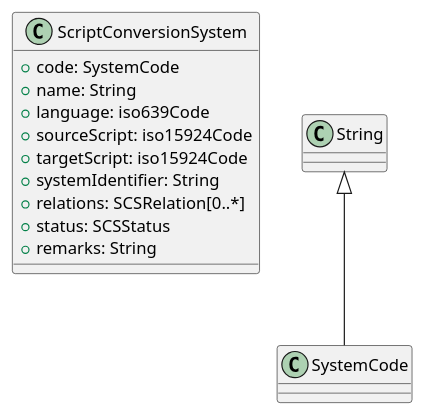
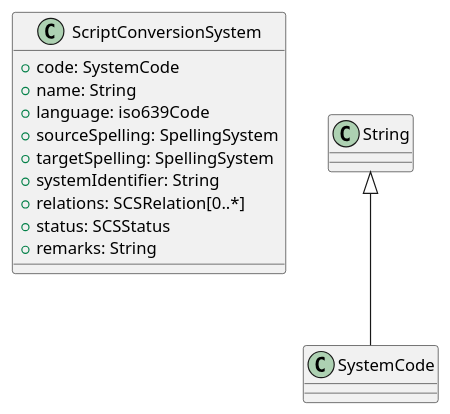
One commit to CalConnect/csd-transcription-systems changed the diagram in sources/models/system.wsd. Above: the diagram before and after it, drawn with PlantUML. The commit also changed 5 other files, not shown here.

```diff
--- a/sources/models/system.wsd
+++ b/sources/models/system.wsd
@@ -1,17 +1,17 @@
 
 '******* CONFIGURATION ************************************************
 class ScriptConversionSystem {
   +code: SystemCode
   +name: String
   +language: iso639Code
-  +sourceScript: iso15924Code
-  +targetScript: iso15924Code
+  +sourceSpelling: SpellingSystem
+  +targetSpelling: SpellingSystem
   +systemIdentifier: String
   +relations: SCSRelation[0..*]
   +status: SCSStatus
   +remarks: String
 }
 
 String <|-- SystemCode
 
 '******* CLASS RELATIONS **********************************************
```
